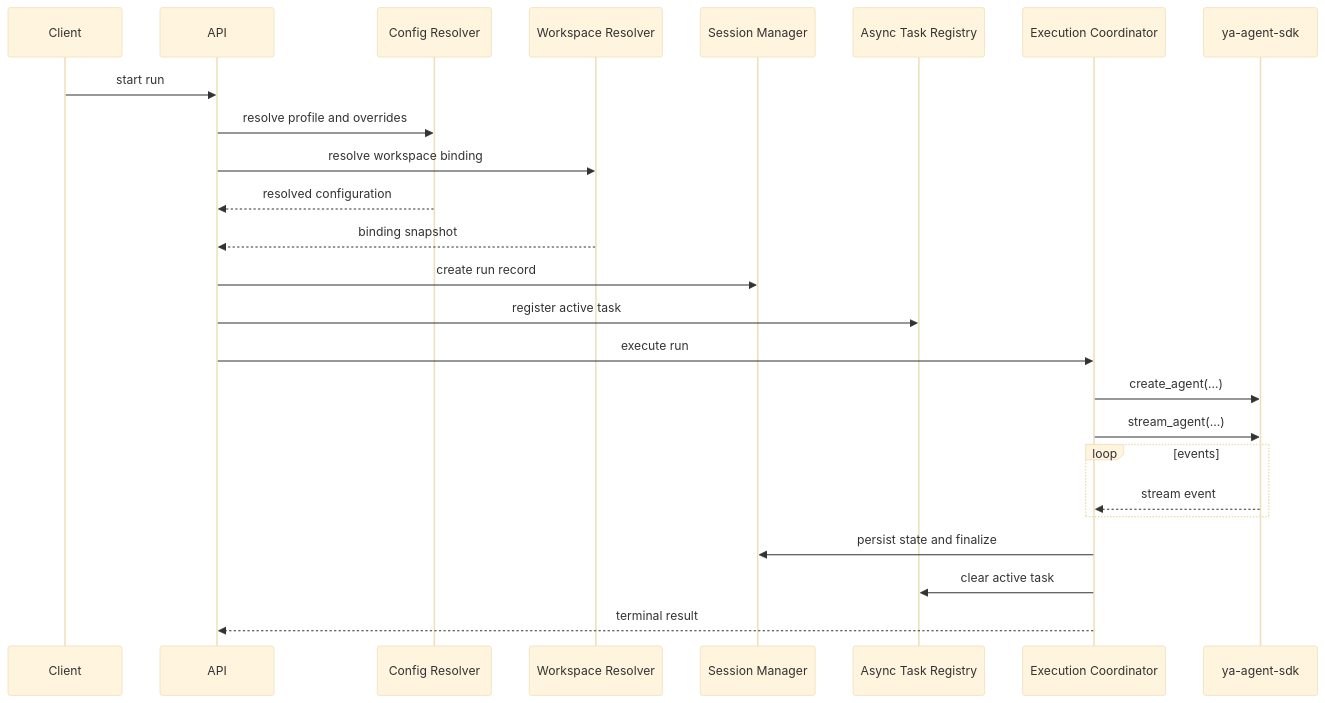
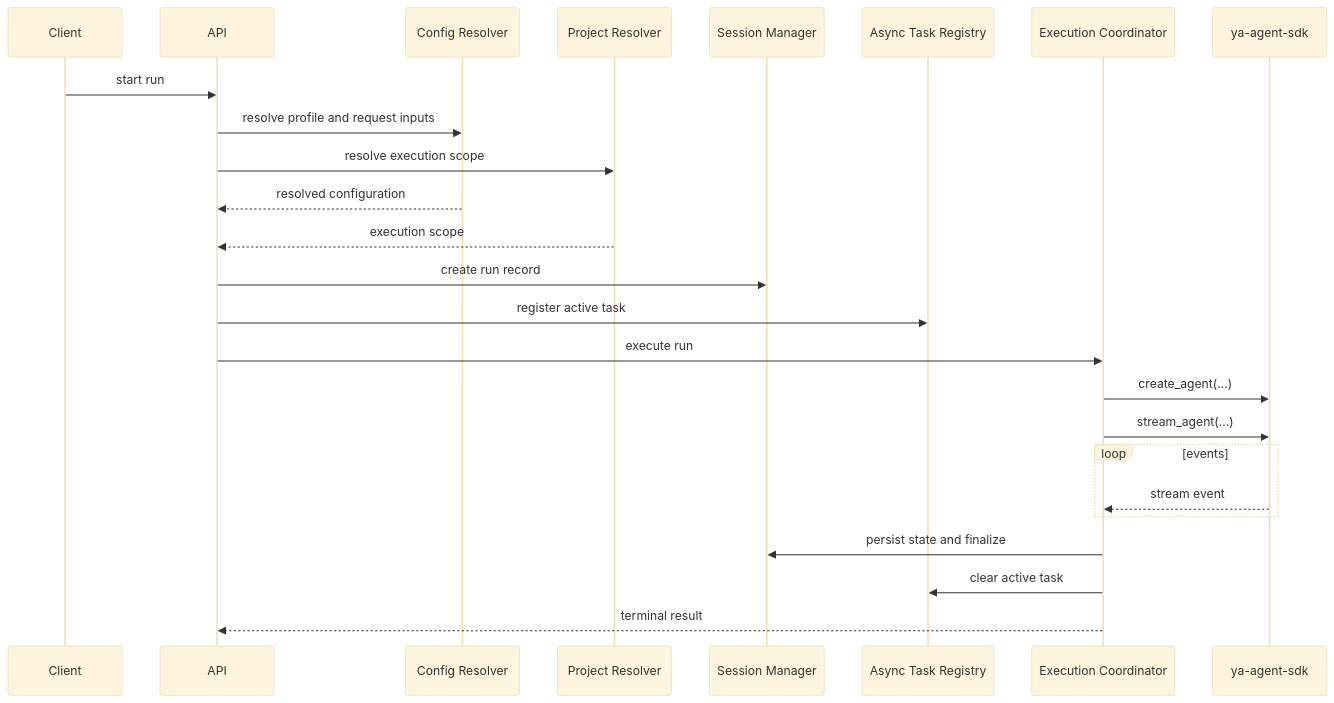
One commit to Wh1isper/ya-mono changed the first of 3 diagrams in packages/ya-claw/spec/02-execution-and-session.md. Above: the diagram before and after it, drawn with Mermaid (base theme). The commit also changed other lines of this file and 28 other files, not shown here.

````diff
--- a/packages/ya-claw/spec/02-execution-and-session.md
+++ b/packages/ya-claw/spec/02-execution-and-session.md
@@ -7,28 +7,28 @@
 ```mermaid
 sequenceDiagram
     participant Client
     participant API
     participant CFG as Config Resolver
-    participant WSP as Workspace Resolver
+    participant PROJ as Project Resolver
     participant SESS as Session Manager
     participant TASKS as Async Task Registry
     participant EXEC as Execution Coordinator
     participant SDK as ya-agent-sdk
 
     Client->>API: start run
-    API->>CFG: resolve profile and overrides
-    API->>WSP: resolve workspace binding
+    API->>CFG: resolve profile and request inputs
+    API->>PROJ: resolve execution scope
     CFG-->>API: resolved configuration
-    WSP-->>API: binding snapshot
+    PROJ-->>API: execution scope
     API->>SESS: create run record
     API->>TASKS: register active task
     API->>EXEC: execute run
     EXEC->>SDK: create_agent(...)
     EXEC->>SDK: stream_agent(...)
     loop events
         SDK-->>EXEC: stream event
     end
     EXEC->>SESS: persist state and finalize
     EXEC->>TASKS: clear active task
     EXEC-->>API: terminal result
 ```
````
